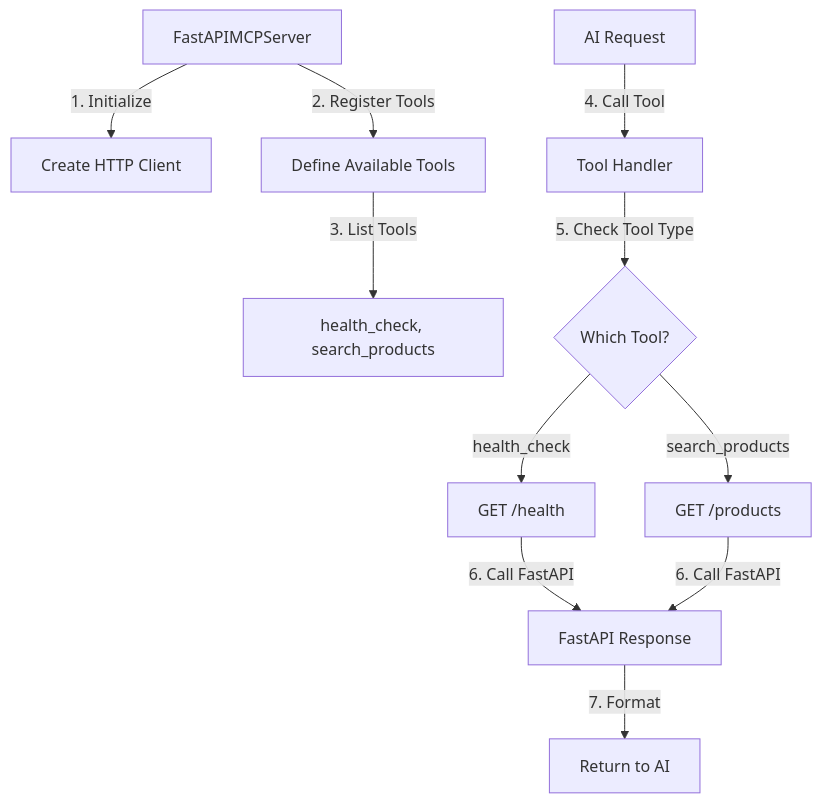
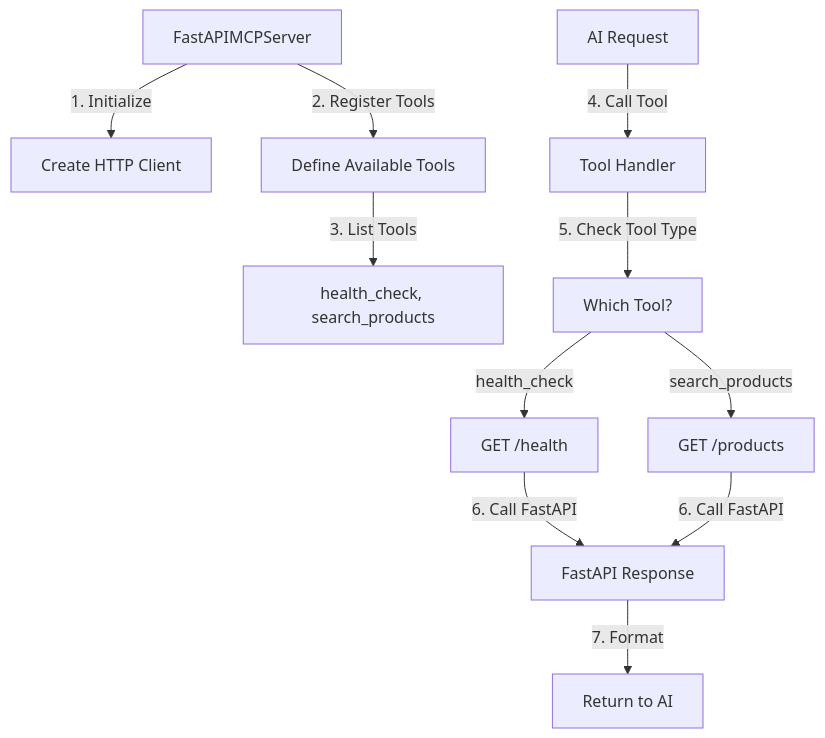
The third of 3 diagrams in README.md (sethukrs/fastapi-mcp-demo), drawn with Mermaid before and after one commit. The commit also changed other lines of this file, not shown here.

````diff
--- a/README.md
+++ b/README.md
@@ -124,13 +124,13 @@
 ```mermaid
 graph TD
     A[FastAPIMCPServer] -->|"1. Initialize"| B[Create HTTP Client]
     A -->|"2. Register Tools"| C[Define Available Tools]
     C -->|"3. List Tools"| D[health_check, search_products]
     E[AI Request] -->|"4. Call Tool"| F[Tool Handler]
-    F -->|"5. Check Tool Type"| G{Which Tool?}
+    F -->|"5. Check Tool Type"| G[Which Tool?]
     G -->|"health_check"| H[GET /health]
     G -->|"search_products"| I[GET /products]
     H -->|"6. Call FastAPI"| J[FastAPI Response]
     I -->|"6. Call FastAPI"| J
     J -->|"7. Format"| K[Return to AI]
 ```
````
